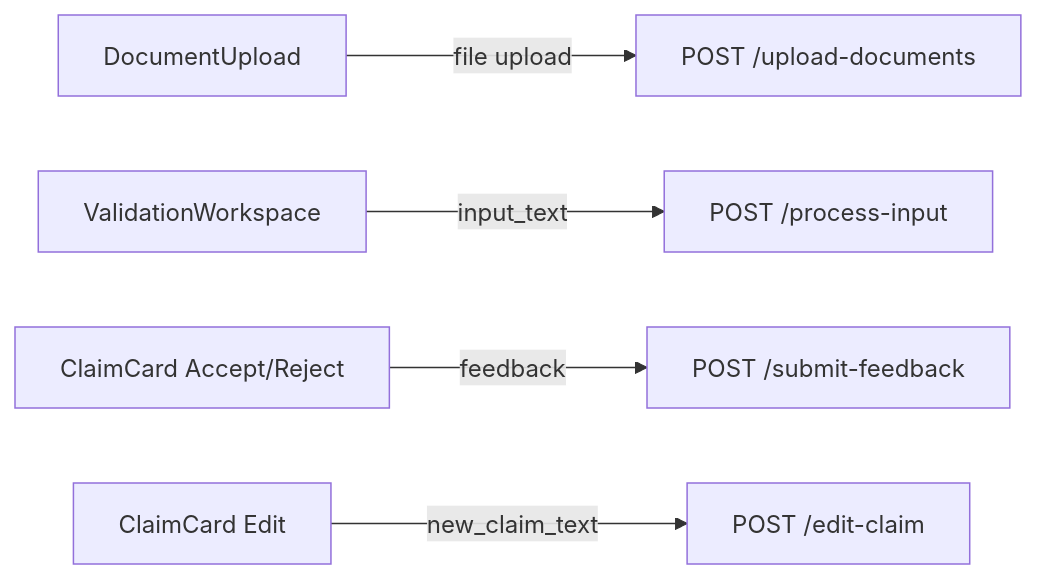
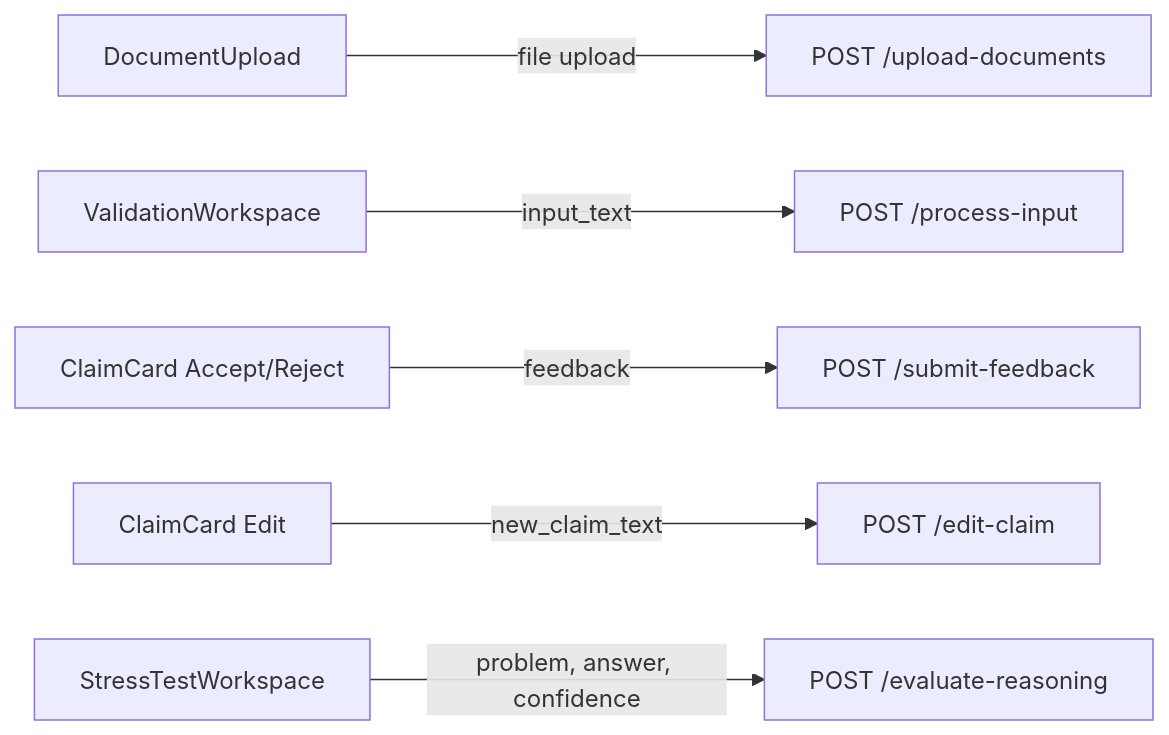
One commit to chandan112307/evilearn-2 changed the fourth of 4 diagrams in frontend/README.md. Above: the diagram before and after it, drawn with Mermaid. The commit also changed other lines of this file and 3 other files, not shown here.

First line of the commit message:
docs: update all READMEs with Knowledge Stress-Test Engine documentation

````diff
--- a/frontend/README.md
+++ b/frontend/README.md
@@ -279,7 +333,8 @@
 ```mermaid
 flowchart LR
     A[DocumentUpload] -->|file upload| B[POST /upload-documents]
     C[ValidationWorkspace] -->|input_text| D[POST /process-input]
     E[ClaimCard Accept/Reject] -->|feedback| F[POST /submit-feedback]
     G[ClaimCard Edit] -->|new_claim_text| H[POST /edit-claim]
+    I[StressTestWorkspace] -->|problem, answer, confidence| J[POST /evaluate-reasoning]
 ```
````
